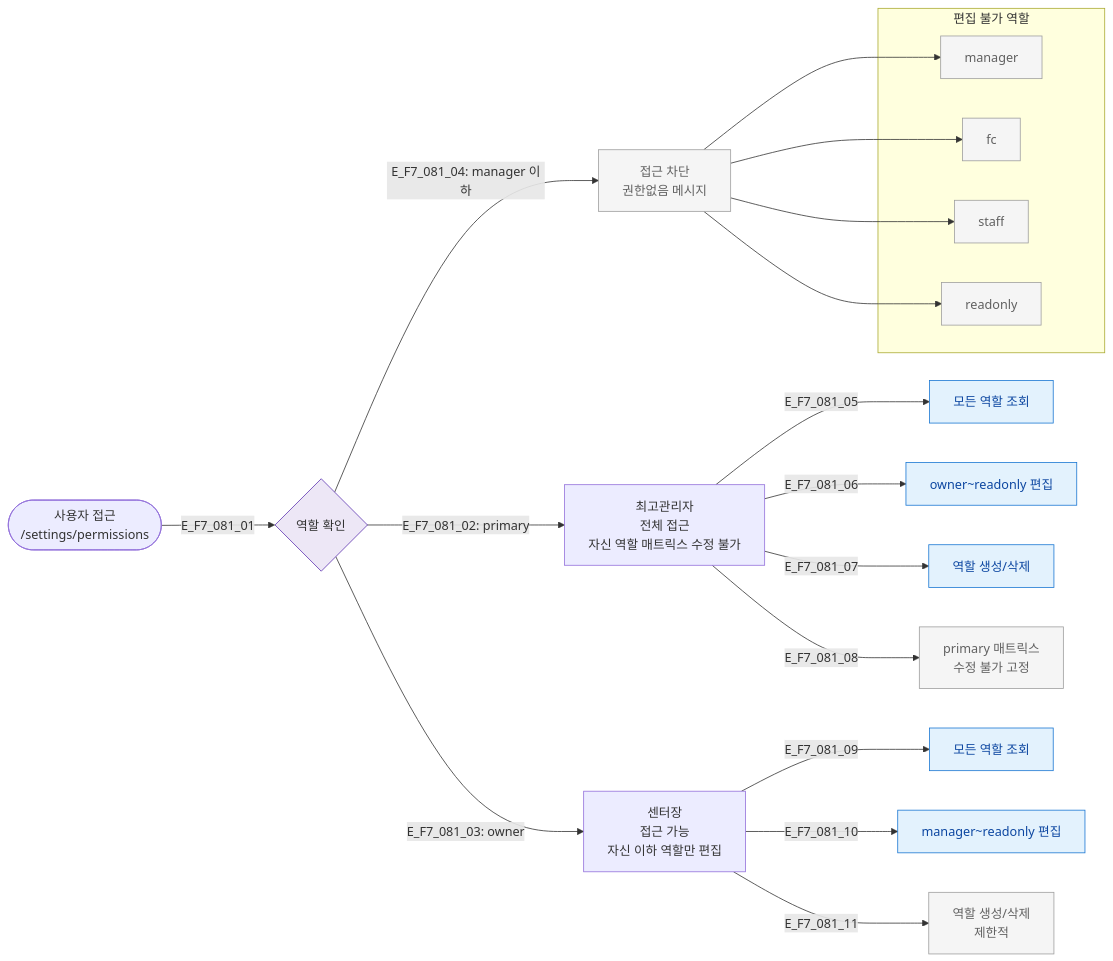
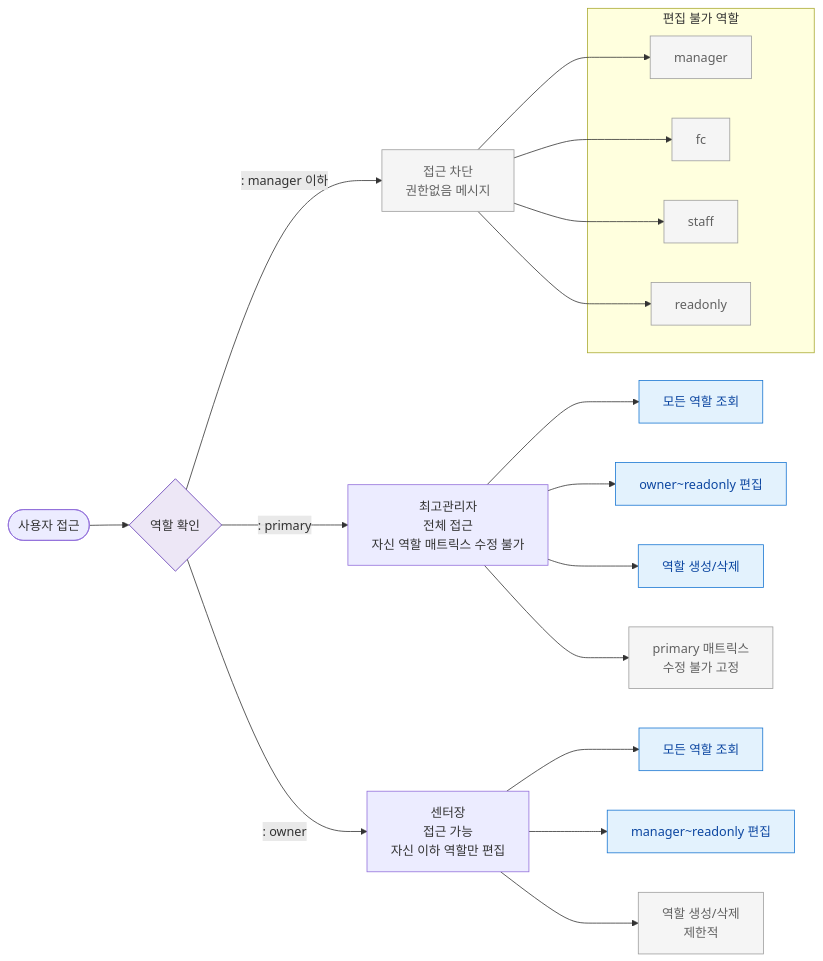
The diagram in docs/다이어그램/D09_설정관리/SCR-081_권한설정/F7_권한RBAC.md (dev-spogym/admin-pando), drawn with Mermaid before and after one commit. The commit also changed other lines of this file and 1660 other files, not shown here.

First line of the commit message:
다이어그램: 기획자/클라이언트 납품본으로 정리

````diff
--- a/docs/다이어그램/D09_설정관리/SCR-081_권한설정/F7_권한RBAC.md
+++ b/docs/다이어그램/D09_설정관리/SCR-081_권한설정/F7_권한RBAC.md
@@ -17,38 +15,38 @@
 ```mermaid
 flowchart LR
-    User([사용자 접근\n/settings/permissions])
+    User([사용자 접근\n])
 
-    User -->|E_F7_081_01| RoleCheck{역할 확인}
+    User --> RoleCheck{역할 확인}
 
-    RoleCheck -->|"E_F7_081_02: primary"| Primary[최고관리자\n전체 접근\n자신 역할 매트릭스 수정 불가]
-    RoleCheck -->|"E_F7_081_03: owner"| Owner[센터장\n접근 가능\n자신 이하 역할만 편집]
-    RoleCheck -->|"E_F7_081_04: manager 이하"| Blocked[접근 차단\n권한없음 메시지]
+    RoleCheck -->|": primary"|Primary[최고관리자\n전체 접근\n자신 역할 매트릭스 수정 불가]
+    RoleCheck -->|": owner"|Owner[센터장\n접근 가능\n자신 이하 역할만 편집]
+    RoleCheck -->|": manager 이하"|Blocked[접근 차단\n권한없음 메시지]
 
-    Primary -->|E_F7_081_05| P_View[모든 역할 조회]
-    Primary -->|E_F7_081_06| P_Edit[owner~readonly 편집]
-    Primary -->|E_F7_081_07| P_Create[역할 생성/삭제]
-    Primary -->|E_F7_081_08| P_PrimaryLock[primary 매트릭스\n수정 불가 고정]
+    Primary --> P_View[모든 역할 조회]
+    Primary --> P_Edit[owner~readonly 편집]
+    Primary --> P_Create[역할 생성/삭제]
+    Primary --> P_PrimaryLock[primary 매트릭스\n수정 불가 고정]
 
-    Owner -->|E_F7_081_09| O_View[모든 역할 조회]
-    Owner -->|E_F7_081_10| O_Edit[manager~readonly 편집]
-    Owner -->|E_F7_081_11| O_NoCreate[역할 생성/삭제\n제한적]
+    Owner --> O_View[모든 역할 조회]
+    Owner --> O_Edit[manager~readonly 편집]
+    Owner --> O_NoCreate[역할 생성/삭제\n제한적]
 
     subgraph 편집 불가 역할
         Manager_R[manager]
         FC_R[fc]
         Staff_R[staff]
         RO_R[readonly]
     end
 
     Blocked --> Manager_R
     Blocked --> FC_R
     Blocked --> Staff_R
     Blocked --> RO_R
 
     classDef screen fill:#E3F2FD,stroke:#1976D2,color:#0D47A1
     classDef rbacBlocked fill:#F5F5F5,stroke:#9E9E9E,color:#616161
     classDef system fill:#EDE7F6,stroke:#5E35B2
     class P_View,P_Edit,P_Create,O_View,O_Edit screen
     class Blocked,P_PrimaryLock,O_NoCreate,Manager_R,FC_R,Staff_R,RO_R rbacBlocked
     class RoleCheck system
 ```
````
